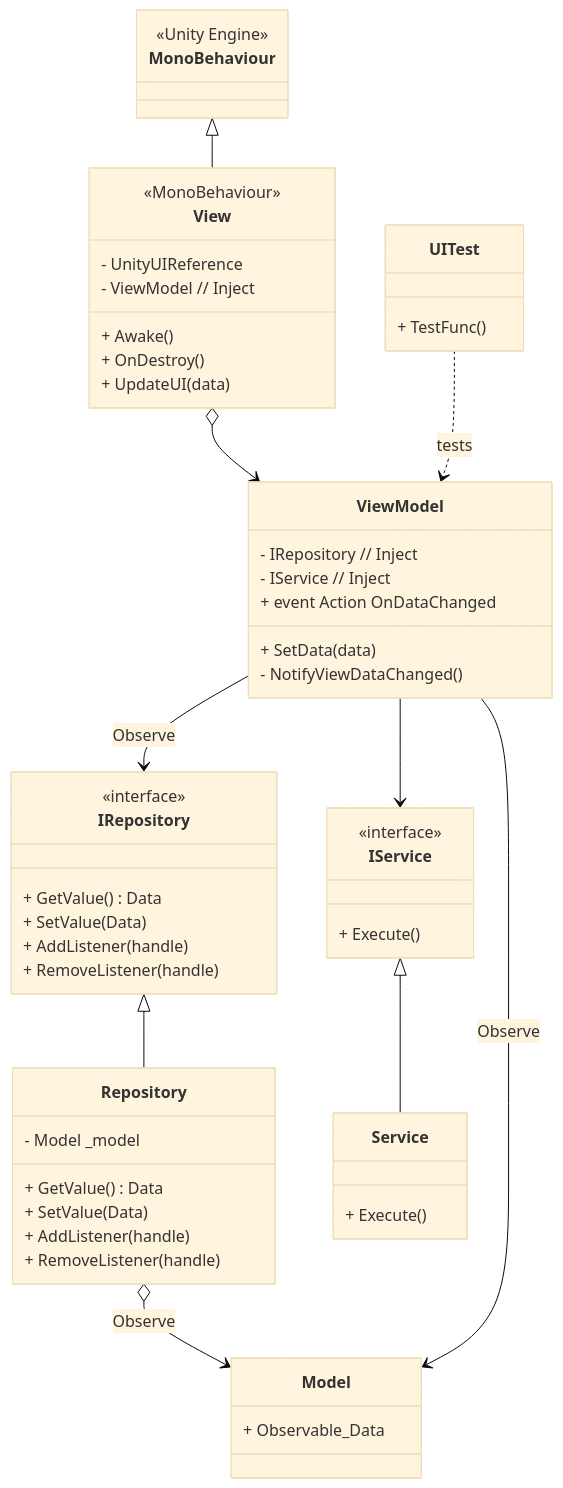
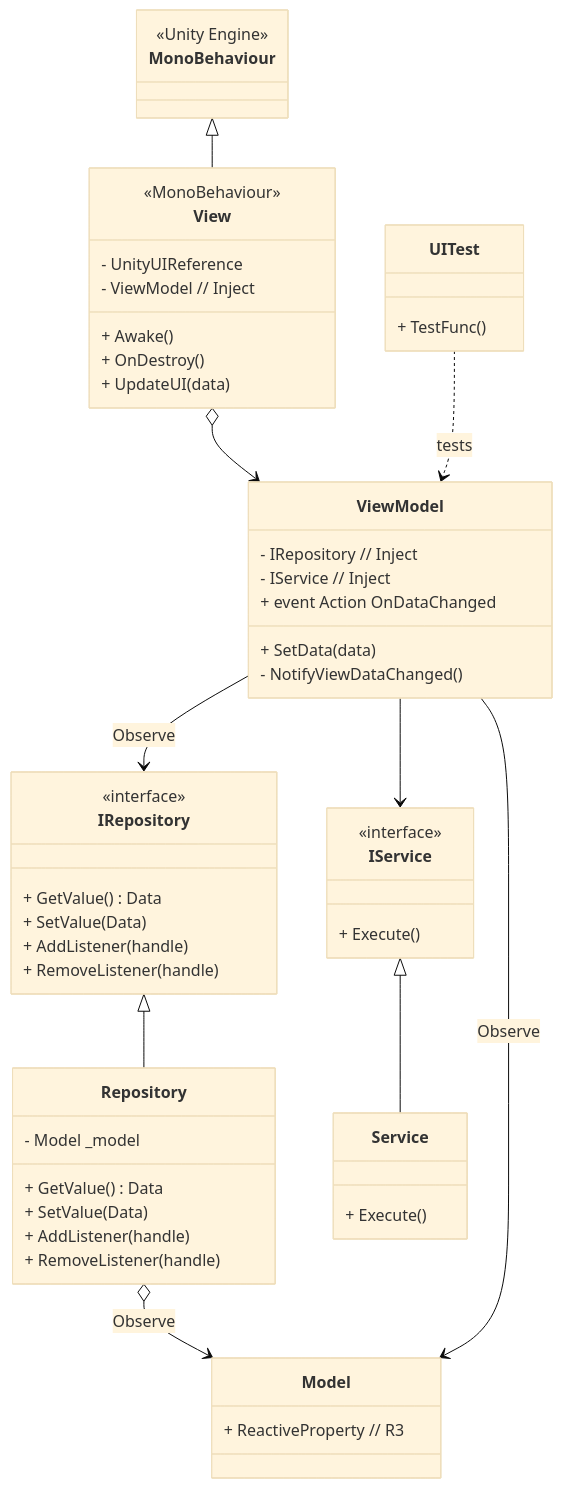
The second of 2 diagrams in README.md (HyunWoo-Jo/ProjectHS), drawn with Mermaid (base theme) before and after one commit.

````diff
--- a/README.md
+++ b/README.md
@@ -147,66 +147,66 @@
 ```mermaid
 classDiagram
     class MonoBehaviour {
         <<Unity Engine>>
     }
 
     class View {
         <<MonoBehaviour>>
         - UnityUIReference
         - ViewModel  // Inject
         + Awake()
         + OnDestroy()
         + UpdateUI(data)
     }
 
     class ViewModel {
         - IRepository // Inject
         - IService // Inject
         + event Action OnDataChanged
         + SetData(data)
         - NotifyViewDataChanged()
     }
 
     class IRepository {
         <<interface>>
         + GetValue() Data
         + SetValue(Data)
         + AddListener(handle)
         + RemoveListener(handle)
     }
 
     class Repository {
         - Model _model
         + GetValue() Data
         + SetValue(Data)
         + AddListener(handle)
         + RemoveListener(handle)
     }
 
     class Model {
-        + Observable_Data  
+        + ReactiveProperty // R3
     }
 
     class IService {
         <<interface>>
         + Execute()
     }
 
     class Service {
         + Execute()
     }
 
     class UITest {
         + TestFunc()
     }
 
     MonoBehaviour <|-- View       
     View o--> ViewModel               
     ViewModel --> IRepository : Observe  
     ViewModel --> IService              
     IRepository <|-- Repository     
     Repository o--> Model : Observe  
     ViewModel --> Model : Observe           
     UITest ..> ViewModel : tests  
     IService <|-- Service
 ```
````
